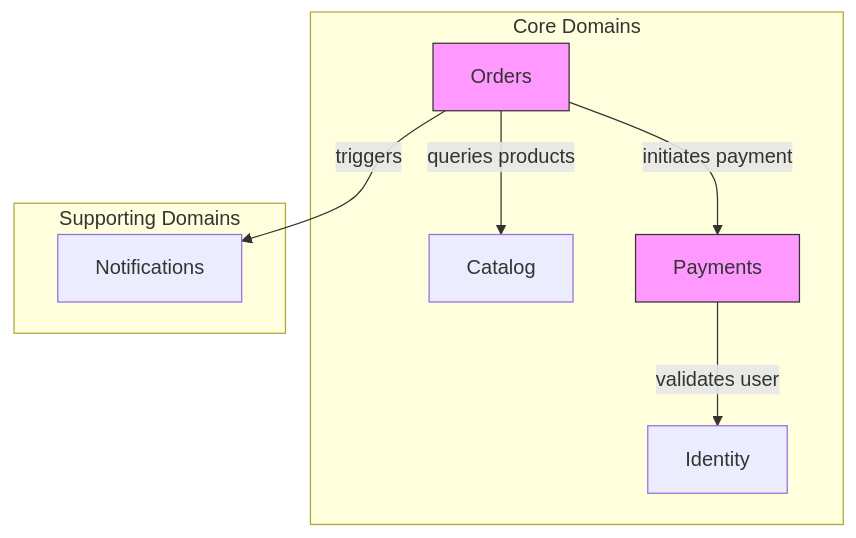
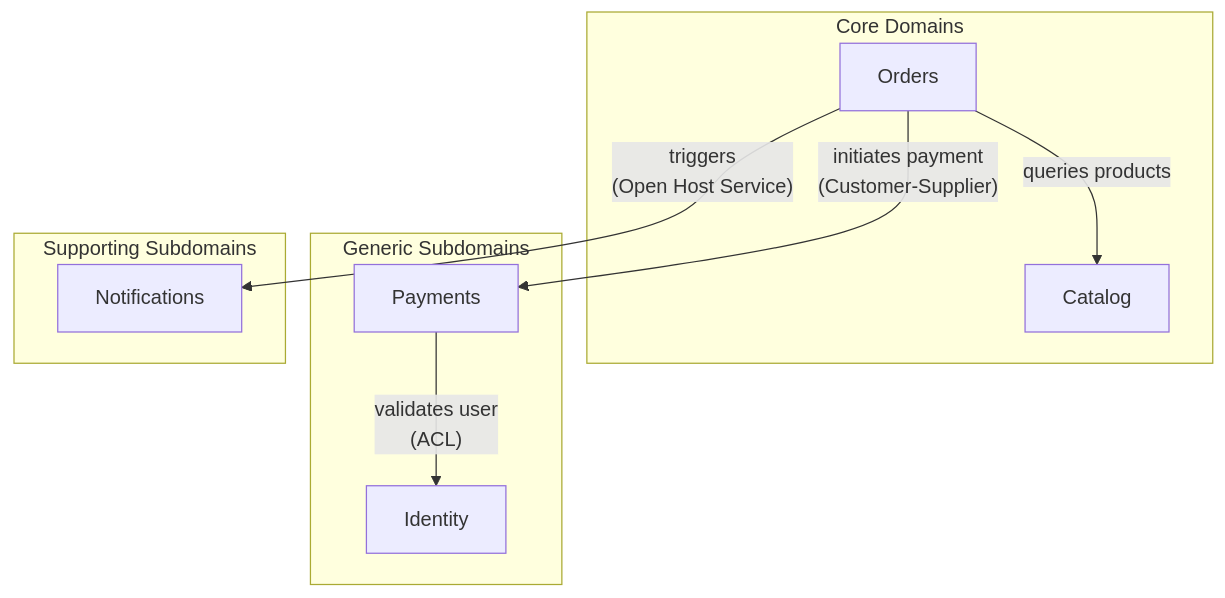
One commit to syntropy-cc/syntropy-platform changed the second of 3 diagrams in .cursor/templates/architecture/ARCHITECTURE.md. Above: the diagram before and after it, drawn with Mermaid. The commit also changed other lines of this file and 13 other files, not shown here.

````diff
--- a/.cursor/templates/architecture/ARCHITECTURE.md
+++ b/.cursor/templates/architecture/ARCHITECTURE.md
@@ -96,21 +98,21 @@
 ```mermaid
 graph TB
-    subgraph "Core Domains"
-        IDENTITY[Identity]
+    subgraph coreDomains [Core Domains]
         CATALOG[Catalog]
         ORDERS[Orders]
+    end
+
+    subgraph genericDomains [Generic Subdomains]
+        IDENTITY[Identity]
         PAYMENTS[Payments]
     end
-    
-    subgraph "Supporting Domains"
+
+    subgraph supportingDomains [Supporting Subdomains]
         NOTIFICATIONS[Notifications]
     end
-    
-    ORDERS -->|queries products| CATALOG
-    ORDERS -->|initiates payment| PAYMENTS
-    ORDERS -->|triggers| NOTIFICATIONS
-    PAYMENTS -->|validates user| IDENTITY
-    
-    style ORDERS fill:#f9f,stroke:#333
-    style PAYMENTS fill:#f9f,stroke:#333
+
+    ORDERS -->|"queries products"| CATALOG
+    ORDERS -->|"initiates payment\n(Customer-Supplier)"| PAYMENTS
+    ORDERS -->|"triggers\n(Open Host Service)"| NOTIFICATIONS
+    PAYMENTS -->|"validates user\n(ACL)"| IDENTITY
 ```
````
